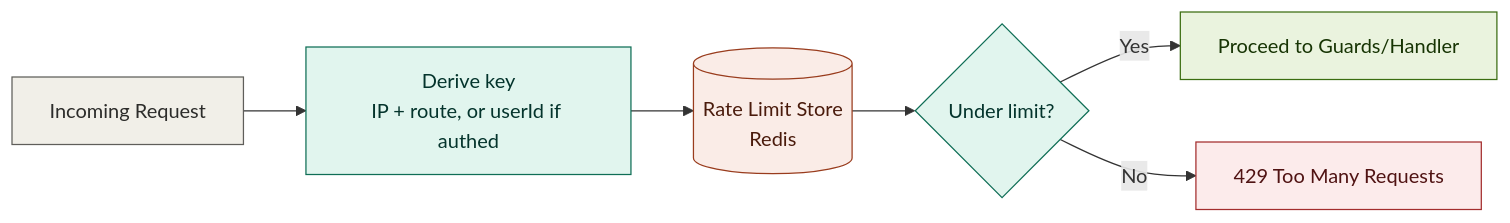
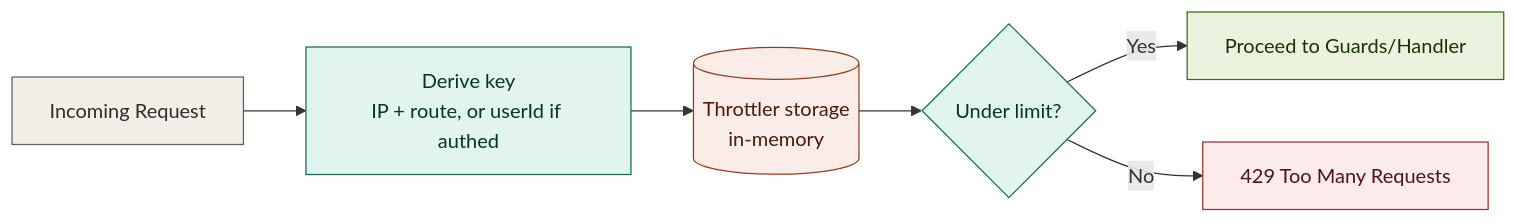
One commit to ahmedmedhat-se/authentication-gateway changed the eighth of 10 diagrams in README.md. Above: the diagram before and after it, drawn with Mermaid. The commit also changed other lines of this file, not shown here.

````diff
--- a/README.md
+++ b/README.md
@@ -533,14 +590,14 @@
 ```mermaid
 flowchart LR
     Req[Incoming Request]:::io --> Key[Derive key<br/>IP + route, or userId if authed]:::step
-    Key --> Store[(Rate Limit Store<br/>Redis)]:::store
+    Key --> Store[(Throttler storage<br/>in-memory)]:::store
     Store --> Check{Under limit?}:::step
     Check -->|Yes| Allow[Proceed to Guards/Handler]:::ok
     Check -->|No| Reject[429 Too Many Requests]:::err
 
     classDef io fill:#F1EFE8,stroke:#5F5E5A,color:#2C2C2A;
     classDef step fill:#E1F5EE,stroke:#0F6E56,color:#04342C;
     classDef store fill:#FAECE7,stroke:#993C1D,color:#4A1B0C;
     classDef ok fill:#EAF3DE,stroke:#3B6D11,color:#173404;
     classDef err fill:#FCEBEB,stroke:#A32D2D,color:#501313;
 ```
````
